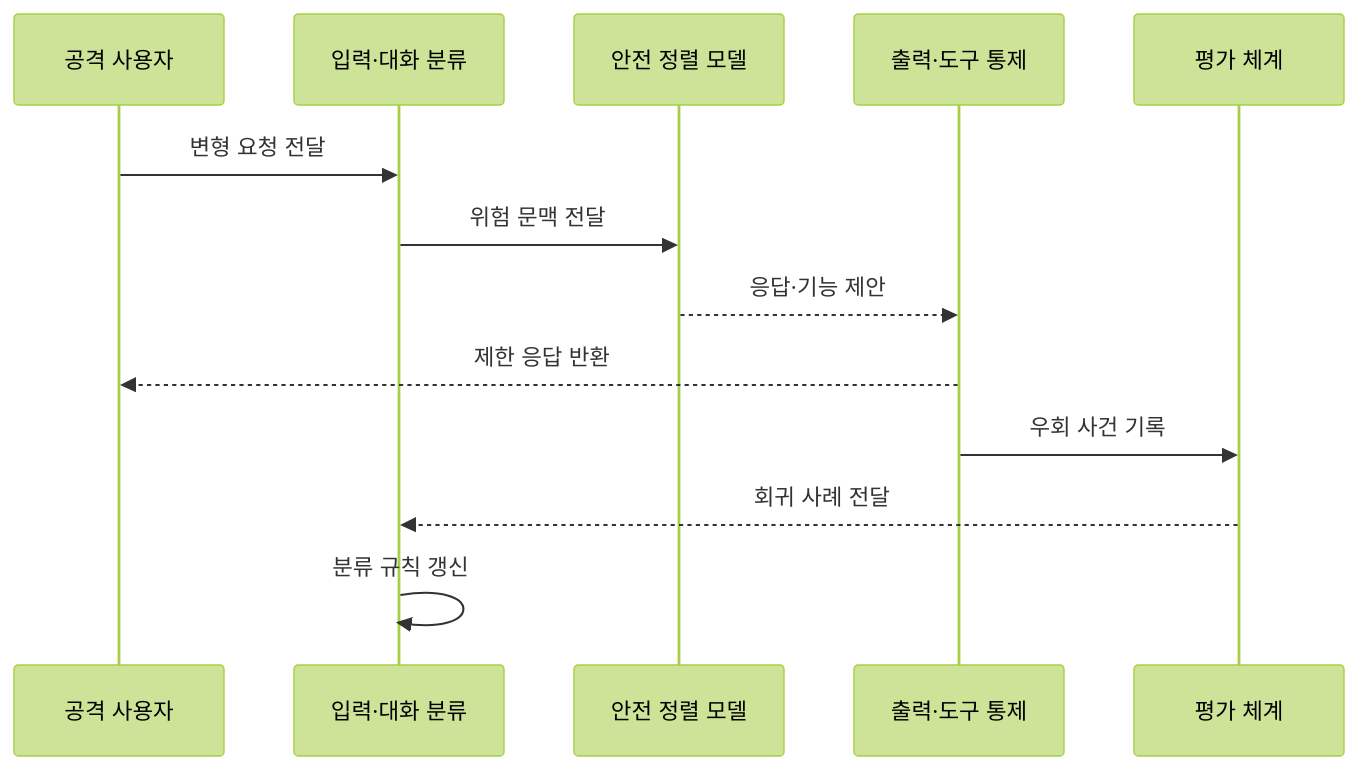
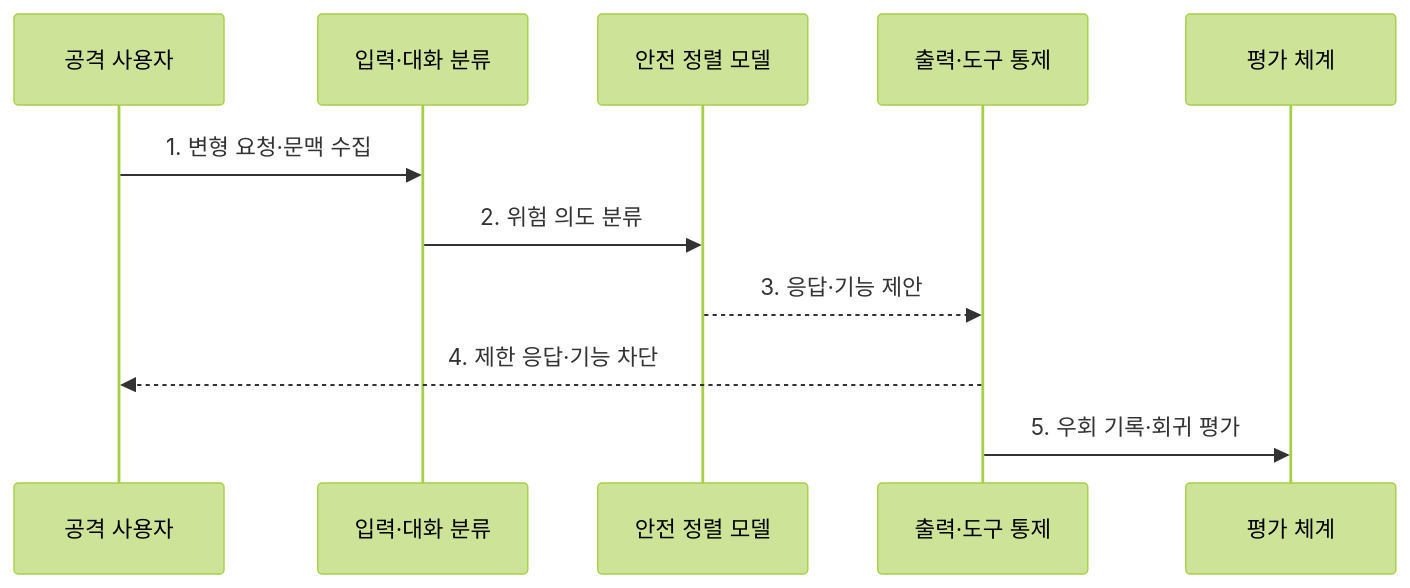
The second of 2 diagrams in src/content/docs/notes/05-security/081_jailbreak_attack.md (agnusdei1207/knowledge-base), drawn with Mermaid (forest theme) before and after one commit. The commit also changed other lines of this file and 6 other files, not shown here.

````diff
--- a/src/content/docs/notes/05-security/081_jailbreak_attack.md
+++ b/src/content/docs/notes/05-security/081_jailbreak_attack.md
@@ -89,15 +86,13 @@
 ```mermaid
 sequenceDiagram
     participant U as 공격 사용자
     participant I as 입력·대화 분류
     participant M as 안전 정렬 모델
     participant O as 출력·도구 통제
     participant E as 평가 체계
-    U->>I: 변형 요청 전달
-    I->>M: 위험 문맥 전달
-    M-->>O: 응답·기능 제안
-    O-->>U: 제한 응답 반환
-    O->>E: 우회 사건 기록
-    E-->>I: 회귀 사례 전달
-    I->>I: 분류 규칙 갱신
+    U->>I: 1. 변형 요청·문맥 수집
+    I->>M: 2. 위험 의도 분류
+    M-->>O: 3. 응답·기능 제안
+    O-->>U: 4. 제한 응답·기능 차단
+    O->>E: 5. 우회 기록·회귀 평가
 ```
````
